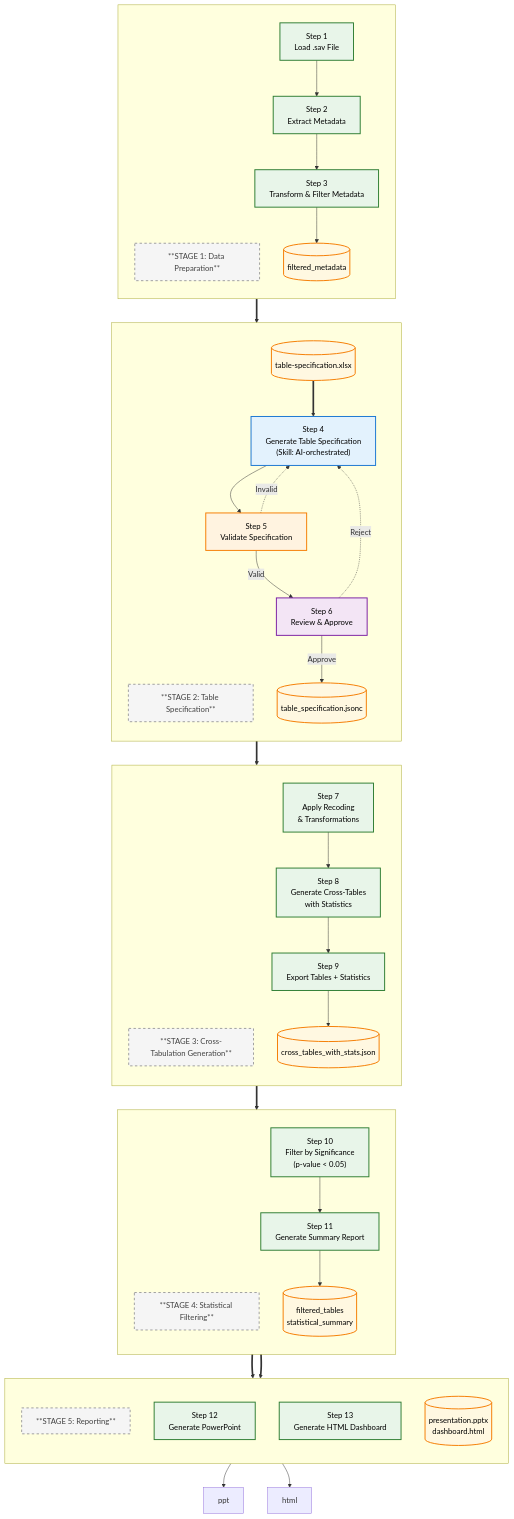
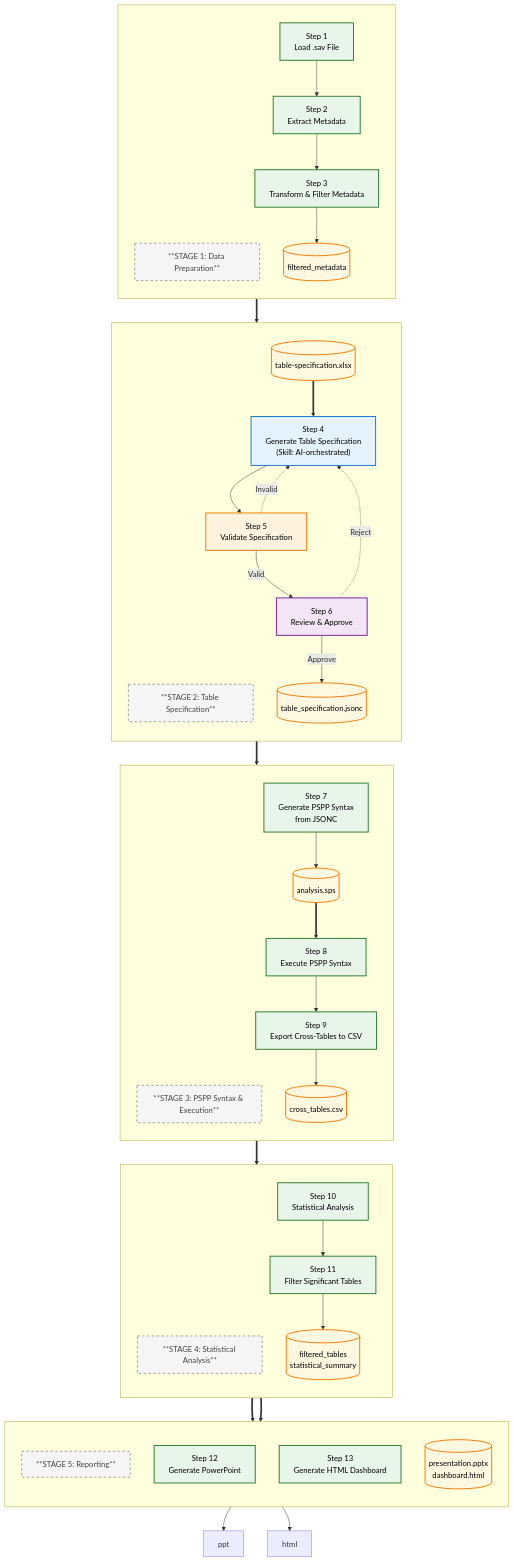
The diagram in docs/data-related/data-flow.md (abcxyzx0099/datachat), drawn with Mermaid before and after one commit. The commit also changed other lines of this file and 19 other files, not shown here.

```diff
--- a/docs/data-related/data-flow.md
+++ b/docs/data-related/data-flow.md
@@ -290,24 +118,25 @@
         tableSpec[("table_specification.jsonc")]:::artifactStyle
     end
 
-    %% STAGE 3: Cross-Tabulation Generation
+    %% STAGE 3: PSPP Syntax & Execution
     subgraph STAGE3[" "]
         direction TB
-        stage3_label["**STAGE 3: Cross-Tabulation Generation**"]:::stageLabelStyle
+        stage3_label["**STAGE 3: PSPP Syntax & Execution**"]:::stageLabelStyle
 
-        S7["Step 7<br/>Apply Recoding<br/>& Transformations"]:::processingGreen
-        S8["Step 8<br/>Generate Cross-Tables<br/>with Statistics"]:::processingGreen
-        S9["Step 9<br/>Export Tables + Statistics"]:::processingGreen
-        crosstabs[("cross_tables_with_stats.json")]:::artifactStyle
+        S7["Step 7<br/>Generate PSPP Syntax<br/>from JSONC"]:::processingGreen
+        S8["Step 8<br/>Execute PSPP Syntax"]:::processingGreen
+        S9["Step 9<br/>Export Cross-Tables to CSV"]:::processingGreen
+        syntax[("analysis.sps")]:::artifactStyle
+        crosstabs[("cross_tables.csv")]:::artifactStyle
     end
 
-    %% STAGE 4: Statistical Filtering
+    %% STAGE 4: Statistical Analysis
     subgraph STAGE4[" "]
         direction TB
-        stage4_label["**STAGE 4: Statistical Filtering**"]:::stageLabelStyle
+        stage4_label["**STAGE 4: Statistical Analysis**"]:::stageLabelStyle
 
-        S10["Step 10<br/>Filter by Significance<br/>(p-value < 0.05)"]:::processingGreen
-        S11["Step 11<br/>Generate Summary Report"]:::processingGreen
+        S10["Step 10<br/>Statistical Analysis"]:::processingGreen
+        S11["Step 11<br/>Filter Significant Tables"]:::processingGreen
         results[("filtered_tables<br/>statistical_summary")]:::artifactStyle
     end
 
@@ -331,7 +160,8 @@
     S6 -->|Approve| tableSpec
     S6 -.->|Reject| S4
 
-    tableSpec ==> S7 --> S8 --> S9 --> crosstabs
+    tableSpec ==> S7 --> syntax
+    syntax ==> S8 --> S9 --> crosstabs
 
     crosstabs ==> S10 --> S11 --> results
 
```
